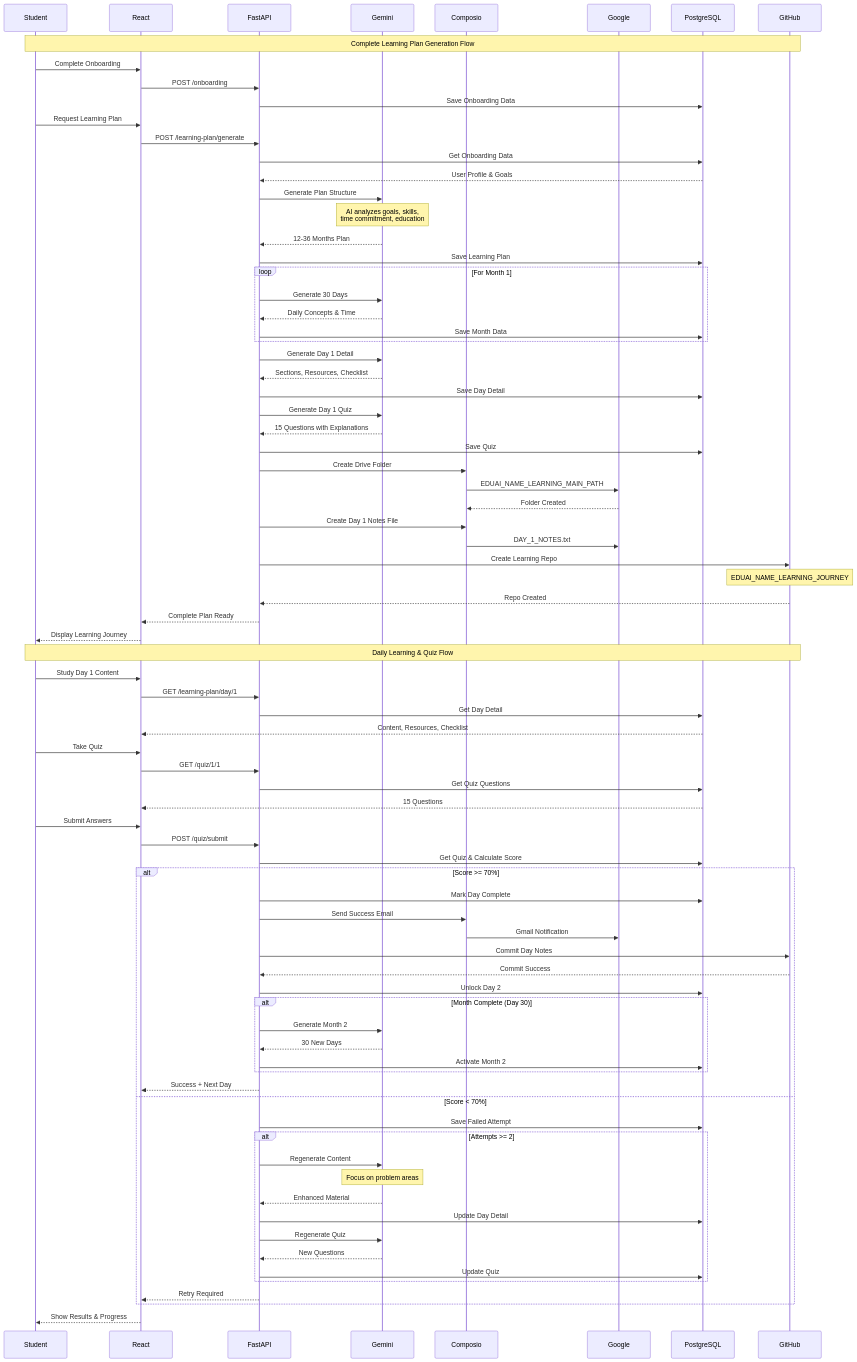
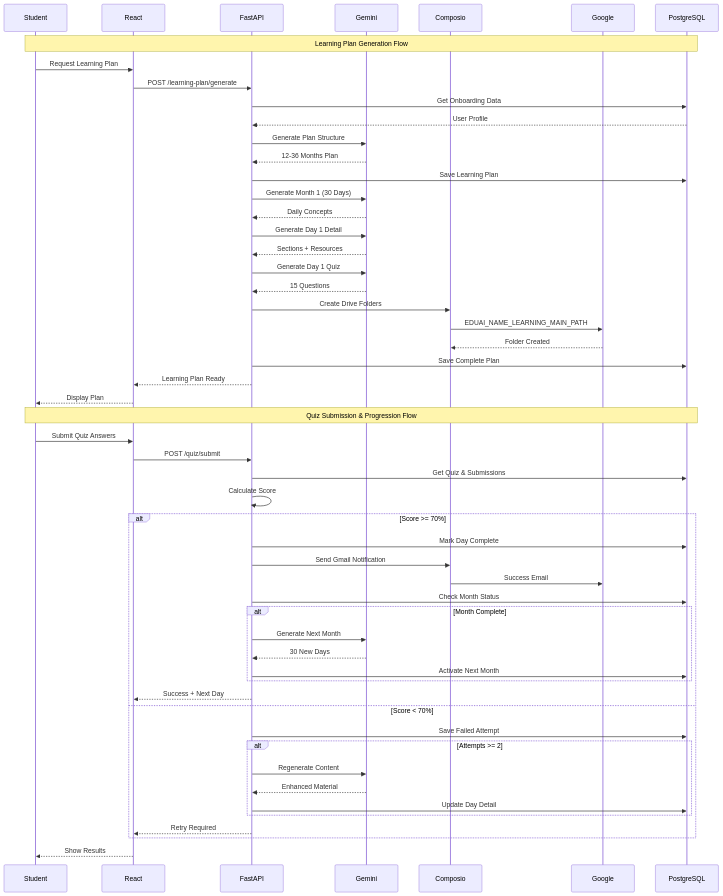
Before and after one commit to abhiabhi150614/fast-api-learning: the third of 5 diagrams in README.md, drawn with Mermaid. The commit also changed other lines of this file, not shown here.

````diff
--- a/README.md
+++ b/README.md
@@ -399,83 +185,46 @@
     participant Composio
     participant Google
     participant PostgreSQL
-    participant GitHub
     
-    Note over Student,GitHub: Complete Learning Plan Generation Flow
-    
-    Student->>React: Complete Onboarding
-    React->>FastAPI: POST /onboarding
-    FastAPI->>PostgreSQL: Save Onboarding Data
+    Note over Student,PostgreSQL: Learning Plan Generation Flow
     
     Student->>React: Request Learning Plan
     React->>FastAPI: POST /learning-plan/generate
     FastAPI->>PostgreSQL: Get Onboarding Data
-    PostgreSQL-->>FastAPI: User Profile & Goals
-    
+    PostgreSQL-->>FastAPI: User Profile
     FastAPI->>Gemini: Generate Plan Structure
-    Note over Gemini: AI analyzes goals, skills,<br/>time commitment, education
     Gemini-->>FastAPI: 12-36 Months Plan
-    
     FastAPI->>PostgreSQL: Save Learning Plan
-    
-    loop For Month 1
-        FastAPI->>Gemini: Generate 30 Days
-        Gemini-->>FastAPI: Daily Concepts & Time
-        FastAPI->>PostgreSQL: Save Month Data
-    end
-    
+    FastAPI->>Gemini: Generate Month 1 (30 Days)
+    Gemini-->>FastAPI: Daily Concepts
     FastAPI->>Gemini: Generate Day 1 Detail
-    Gemini-->>FastAPI: Sections, Resources, Checklist
-    FastAPI->>PostgreSQL: Save Day Detail
-    
+    Gemini-->>FastAPI: Sections + Resources
     FastAPI->>Gemini: Generate Day 1 Quiz
-    Gemini-->>FastAPI: 15 Questions with Explanations
-    FastAPI->>PostgreSQL: Save Quiz
-    
-    FastAPI->>Composio: Create Drive Folder
+    Gemini-->>FastAPI: 15 Questions
+    FastAPI->>Composio: Create Drive Folders
     Composio->>Google: EDUAI_NAME_LEARNING_MAIN_PATH
     Google-->>Composio: Folder Created
+    FastAPI->>PostgreSQL: Save Complete Plan
+    FastAPI-->>React: Learning Plan Ready
+    React-->>Student: Display Plan
     
-    FastAPI->>Composio: Create Day 1 Notes File
-    Composio->>Google: DAY_1_NOTES.txt
+    Note over Student,PostgreSQL: Quiz Submission & Progression Flow
     
-    FastAPI->>GitHub: Create Learning Repo
-    Note over GitHub: EDUAI_NAME_LEARNING_JOURNEY
-    GitHub-->>FastAPI: Repo Created
-    
-    FastAPI-->>React: Complete Plan Ready
-    React-->>Student: Display Learning Journey
-    
-    Note over Student,GitHub: Daily Learning & Quiz Flow
-    
-    Student->>React: Study Day 1 Content
-    React->>FastAPI: GET /learning-plan/day/1
-    FastAPI->>PostgreSQL: Get Day Detail
-    PostgreSQL-->>React: Content, Resources, Checklist
-    
-    Student->>React: Take Quiz
-    React->>FastAPI: GET /quiz/1/1
-    FastAPI->>PostgreSQL: Get Quiz Questions
-    PostgreSQL-->>React: 15 Questions
-    
-    Student->>React: Submit Answers
+    Student->>React: Submit Quiz Answers
     React->>FastAPI: POST /quiz/submit
-    FastAPI->>PostgreSQL: Get Quiz & Calculate Score
+    FastAPI->>PostgreSQL: Get Quiz & Submissions
+    FastAPI->>FastAPI: Calculate Score
     
     alt Score >= 70%
         FastAPI->>PostgreSQL: Mark Day Complete
-        FastAPI->>Composio: Send Success Email
-        Composio->>Google: Gmail Notification
+        FastAPI->>Composio: Send Gmail Notification
+        Composio->>Google: Success Email
+        FastAPI->>PostgreSQL: Check Month Status
         
-        FastAPI->>GitHub: Commit Day Notes
-        GitHub-->>FastAPI: Commit Success
-        
-        FastAPI->>PostgreSQL: Unlock Day 2
-        
-        alt Month Complete (Day 30)
-            FastAPI->>Gemini: Generate Month 2
+        alt Month Complete
+            FastAPI->>Gemini: Generate Next Month
             Gemini-->>FastAPI: 30 New Days
-            FastAPI->>PostgreSQL: Activate Month 2
+            FastAPI->>PostgreSQL: Activate Next Month
         end
         
         FastAPI-->>React: Success + Next Day
@@ -484,16 +233,12 @@
         
         alt Attempts >= 2
             FastAPI->>Gemini: Regenerate Content
-            Note over Gemini: Focus on problem areas
             Gemini-->>FastAPI: Enhanced Material
             FastAPI->>PostgreSQL: Update Day Detail
-            FastAPI->>Gemini: Regenerate Quiz
-            Gemini-->>FastAPI: New Questions
-            FastAPI->>PostgreSQL: Update Quiz
         end
         
         FastAPI-->>React: Retry Required
     end
     
-    React-->>Student: Show Results & Progress
+    React-->>Student: Show Results
 ```
````
